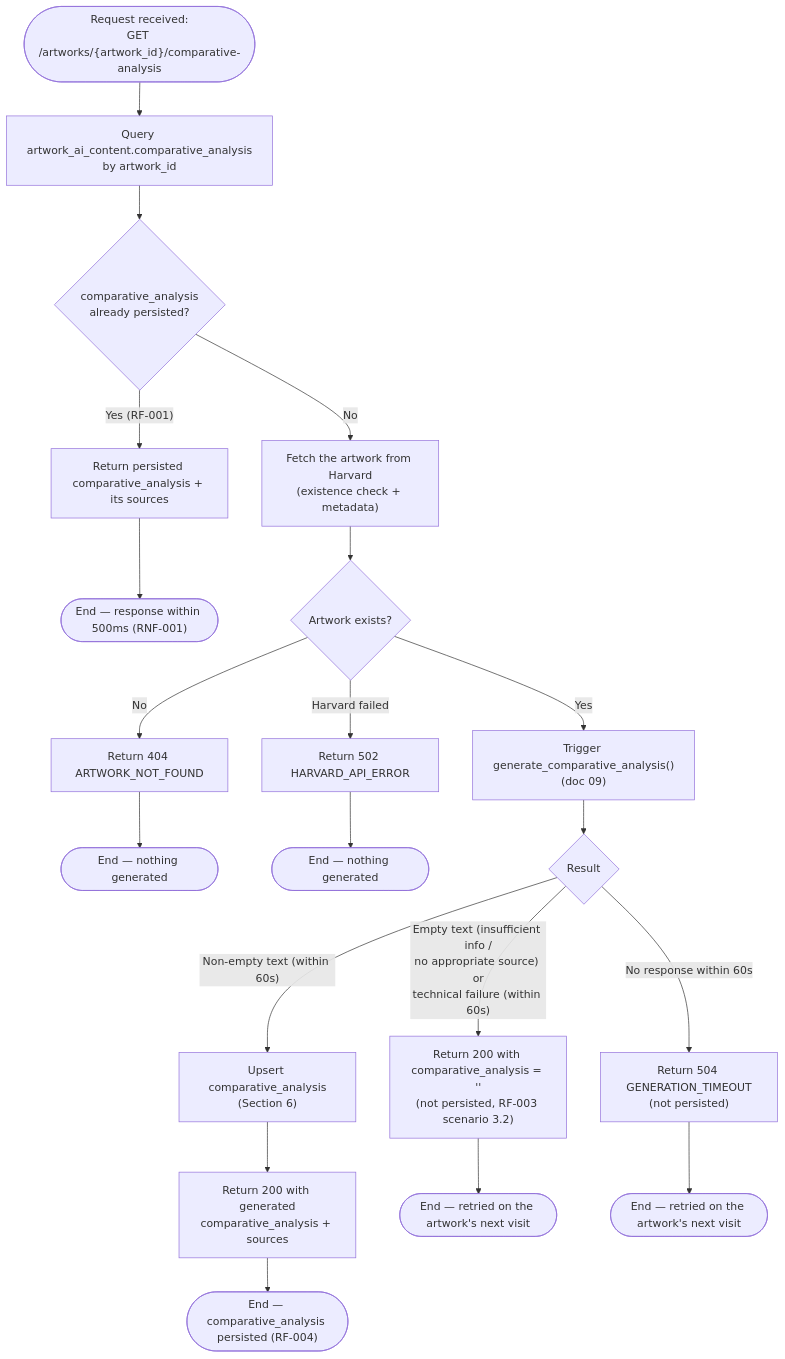
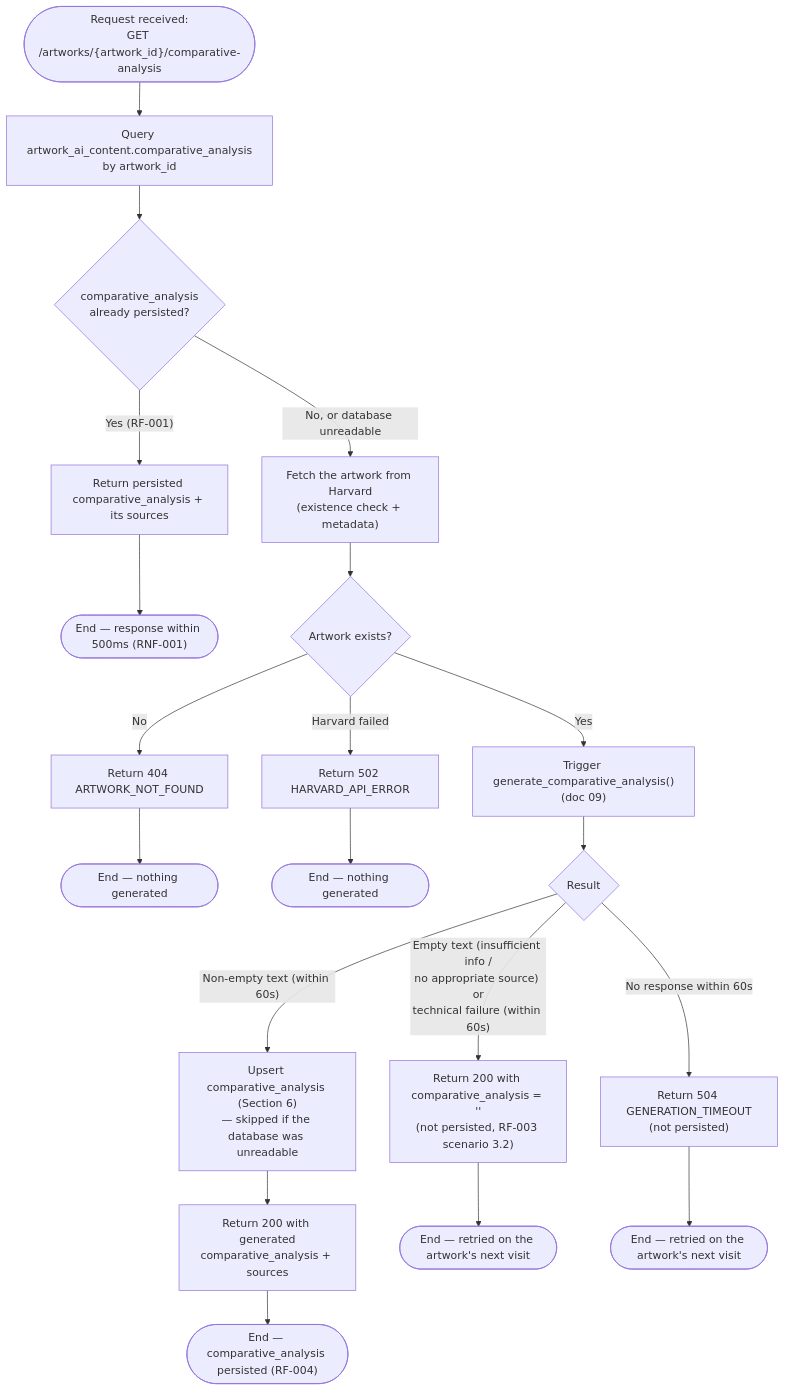
The second of 4 diagrams in documentation/specs/06-persistence-flow.md (Jeferson-Filho/Art-Archive-Front-AI), drawn with Mermaid before and after one commit. The commit also changed other lines of this file and 4 other files, not shown here.

````diff
--- a/documentation/specs/06-persistence-flow.md
+++ b/documentation/specs/06-persistence-flow.md
@@ -88,28 +91,28 @@
 ```mermaid
 flowchart TD
     CStart(["Request received:<br/>GET /artworks/{artwork_id}/comparative-analysis"]) --> CCheckDB["Query artwork_ai_content.comparative_analysis<br/>by artwork_id"]
 
     CCheckDB --> CExists{"comparative_analysis<br/>already persisted?"}
     CExists -- "Yes (RF-001)" --> CFromDB["Return persisted comparative_analysis + its sources"]
     CFromDB --> CEndCached(["End — response within 500ms (RNF-001)"])
 
-    CExists -- No --> CHarvard["Fetch the artwork from Harvard<br/>(existence check + metadata)"]
+    CExists -- "No, or database unreadable" --> CHarvard["Fetch the artwork from Harvard<br/>(existence check + metadata)"]
     CHarvard --> CArtwork{"Artwork exists?"}
     CArtwork -- "No" --> CNotFound["Return 404 ARTWORK_NOT_FOUND"]
     CNotFound --> CEndNotFound(["End — nothing generated"])
     CArtwork -- "Harvard failed" --> CHarvardError["Return 502 HARVARD_API_ERROR"]
     CHarvardError --> CEndHarvardError(["End — nothing generated"])
 
     CArtwork -- Yes --> CTrigger["Trigger generate_comparative_analysis()<br/>(doc 09)"]
     CTrigger --> CResult{"Result"}
 
-    CResult -- "Non-empty text (within 60s)" --> CPersist["Upsert comparative_analysis<br/>(Section 6)"]
+    CResult -- "Non-empty text (within 60s)" --> CPersist["Upsert comparative_analysis (Section 6)<br/>— skipped if the database was unreadable"]
     CPersist --> CReturnGenerated["Return 200 with generated<br/>comparative_analysis + sources"]
     CReturnGenerated --> CEndSuccess(["End — comparative_analysis persisted (RF-004)"])
 
     CResult -- "Empty text (insufficient info /<br/>no appropriate source) or<br/>technical failure (within 60s)" --> CEmpty["Return 200 with comparative_analysis = ''<br/>(not persisted, RF-003 scenario 3.2)"]
     CEmpty --> CEndEmpty(["End — retried on the artwork's next visit"])
 
     CResult -- "No response within 60s" --> CTimeout["Return 504 GENERATION_TIMEOUT<br/>(not persisted)"]
     CTimeout --> CEndTimeout(["End — retried on the artwork's next visit"])
 ```
````
